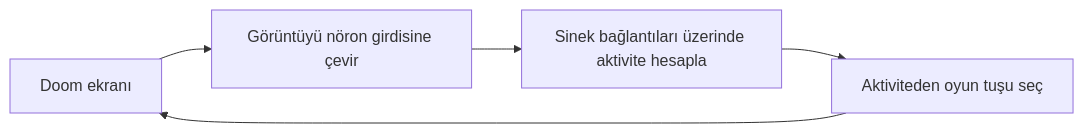
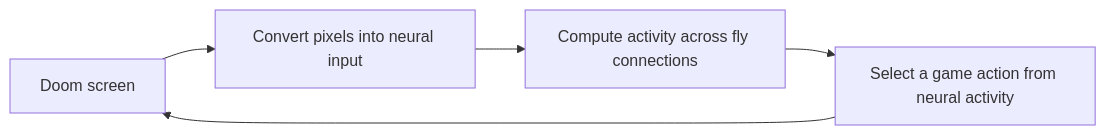
The diagram in README.md (thesyzling/fly-doom), drawn with Mermaid before and after one commit. The commit also changed other lines of this file and 4 other files, not shown here.

````diff
--- a/README.md
+++ b/README.md
@@ -13,7 +15,7 @@
 ```mermaid
 flowchart LR
-    A[Doom ekranı] --> B[Görüntüyü nöron girdisine çevir]
-    B --> C[Sinek bağlantıları üzerinde aktivite hesapla]
-    C --> D[Aktiviteden oyun tuşu seç]
+    A[Doom screen] --> B[Convert pixels into neural input]
+    B --> C[Compute activity across fly connections]
+    C --> D[Select a game action from neural activity]
     D --> A
 ```
````
